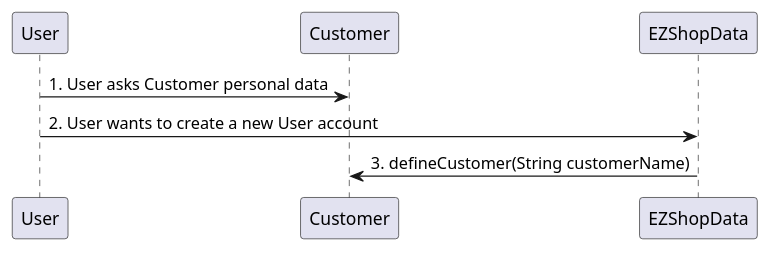
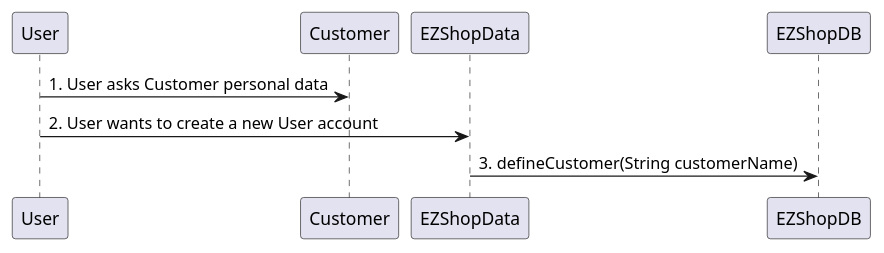
Before and after one commit to djemar/softeng_ezshop: diagram 12 of 31 in Deliverables/DesignDocument.md, drawn with PlantUML. The commit also changed other lines of this file, not shown here.

Commit message:
modified Verification sequence diagrams

````diff
--- a/Deliverables/DesignDocument.md
+++ b/Deliverables/DesignDocument.md
@@ -354,6 +357,6 @@
 ```plantuml
 "User" -> "Customer": 1. User asks Customer personal data
 "User" -> "EZShopData" : 2. User wants to create a new User account
-"EZShopData" -> "Customer" : 3. defineCustomer(String customerName)
+"EZShopData" -> "EZShopDB" : 3. defineCustomer(String customerName)
 
 ```
````
